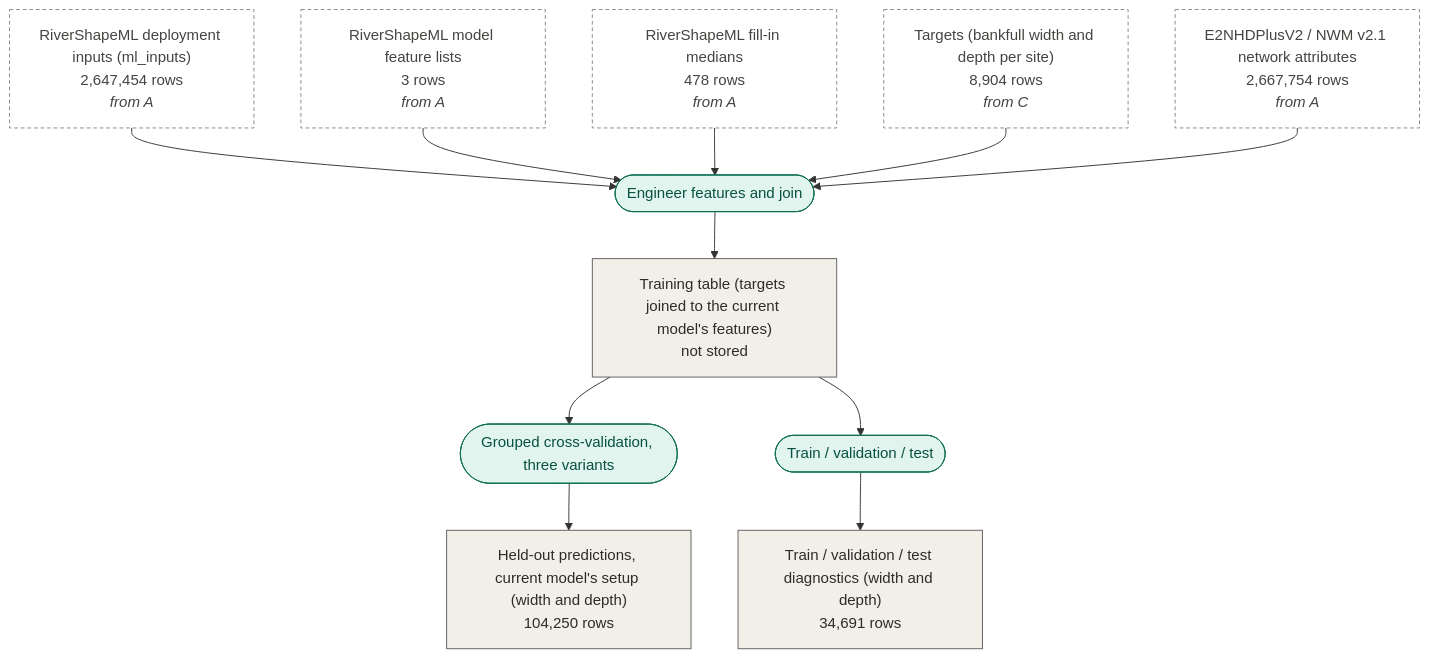
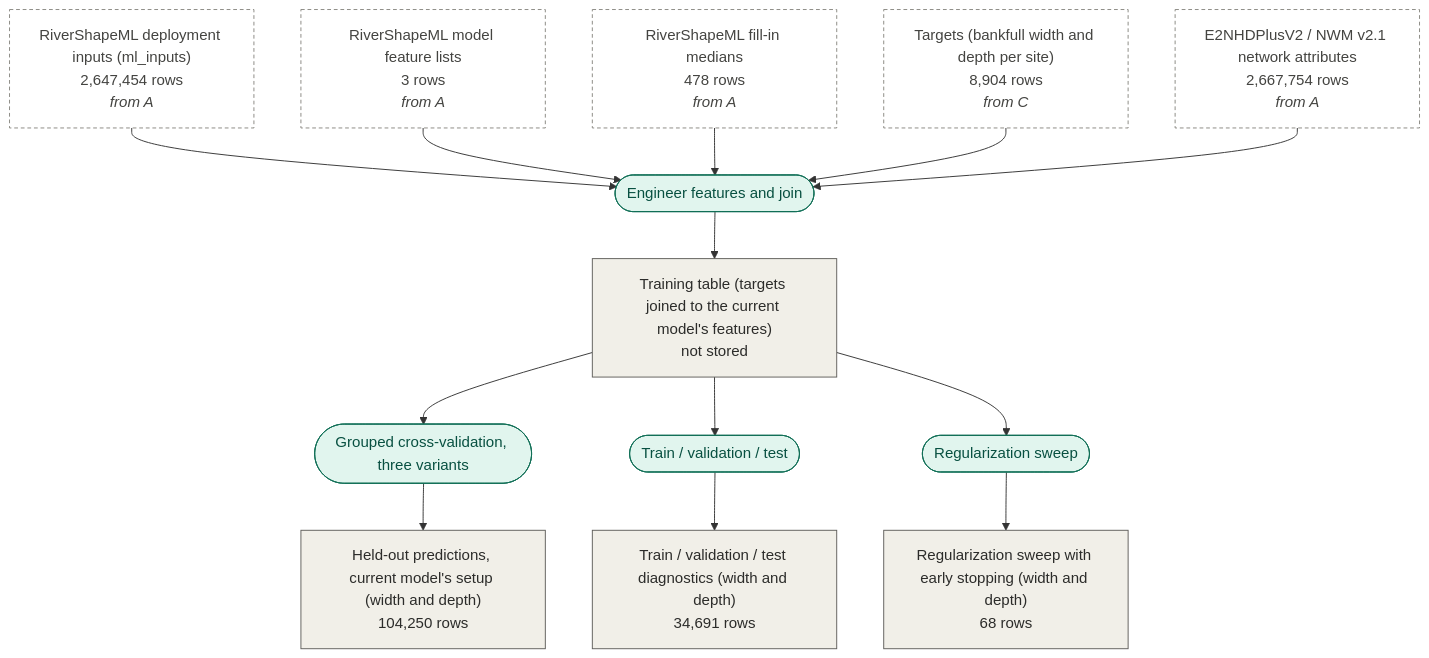
One commit to drmerlot/rivershapeml-more-data changed the sixth of 7 diagrams in docs/data_lineage.md. Above: the diagram before and after it, drawn with Mermaid. The commit also changed other lines of this file and 2 other files, not shown here.

Commit message:
Regularization sweep results; update next steps

````diff
--- a/docs/data_lineage.md
+++ b/docs/data_lineage.md
@@ -676,27 +676,31 @@
 ```mermaid
 flowchart TD
   e2nhdplus["E2NHDPlusV2 / NWM v2.1 network attributes<br/>2,667,754 rows<br/><i>from A</i>"]:::external
   ml_inputs["RiverShapeML deployment inputs (ml_inputs)<br/>2,647,454 rows<br/><i>from A</i>"]:::external
   riverml_feature_lists["RiverShapeML model feature lists<br/>3 rows<br/><i>from A</i>"]:::external
   riverml_fill_medians["RiverShapeML fill-in medians<br/>478 rows<br/><i>from A</i>"]:::external
   riverml_runs["Held-out predictions, current model's setup (width and depth)<br/>104,250 rows"]:::table
   targets["Targets (bankfull width and depth per site)<br/>8,904 rows<br/><i>from C</i>"]:::external
   train_eval["Train / validation / test diagnostics (width and depth)<br/>34,691 rows"]:::table
   training_table["Training table (targets joined to the current model's features)<br/>not stored"]:::table
+  tuning["Regularization sweep with early stopping (width and depth)<br/>68 rows"]:::table
   op_engineer_join(["Engineer features and join"]):::op
   ml_inputs --> op_engineer_join
   riverml_feature_lists --> op_engineer_join
   riverml_fill_medians --> op_engineer_join
   targets --> op_engineer_join
   e2nhdplus --> op_engineer_join
   op_engineer_join --> training_table
   op_cross_validate(["Grouped cross-validation, three variants"]):::op
   training_table --> op_cross_validate
   op_cross_validate --> riverml_runs
   op_train_valid_test(["Train / validation / test"]):::op
   training_table --> op_train_valid_test
   op_train_valid_test --> train_eval
+  op_tune(["Regularization sweep"]):::op
+  training_table --> op_tune
+  op_tune --> tuning
   classDef table fill:#F1EFE8,stroke:#5F5E5A,color:#2C2C2A
   classDef external fill:#ffffff,stroke:#888780,stroke-dasharray:4 3,color:#444441
   classDef op fill:#E1F5EE,stroke:#0F6E56,color:#085041
 ```
````
